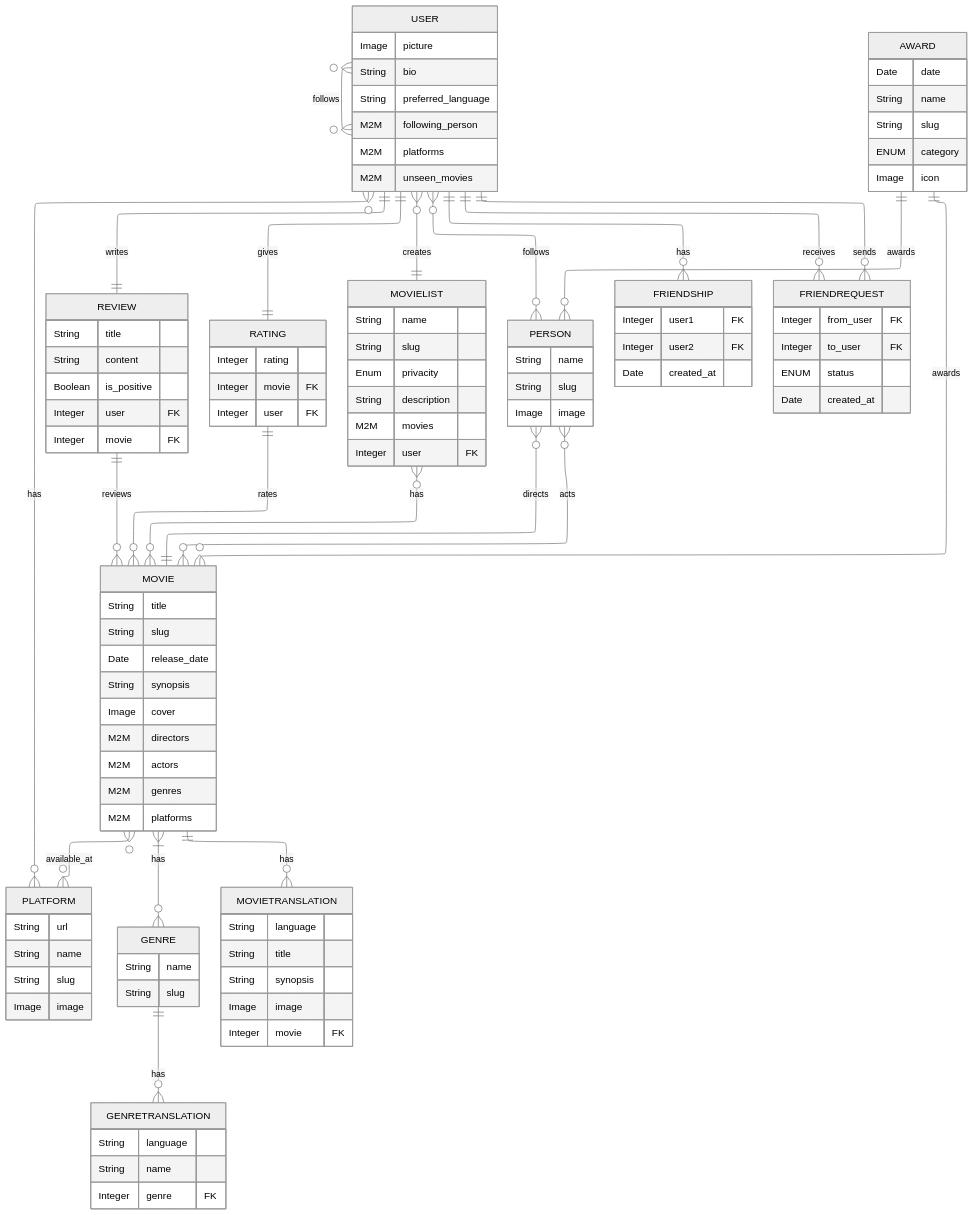
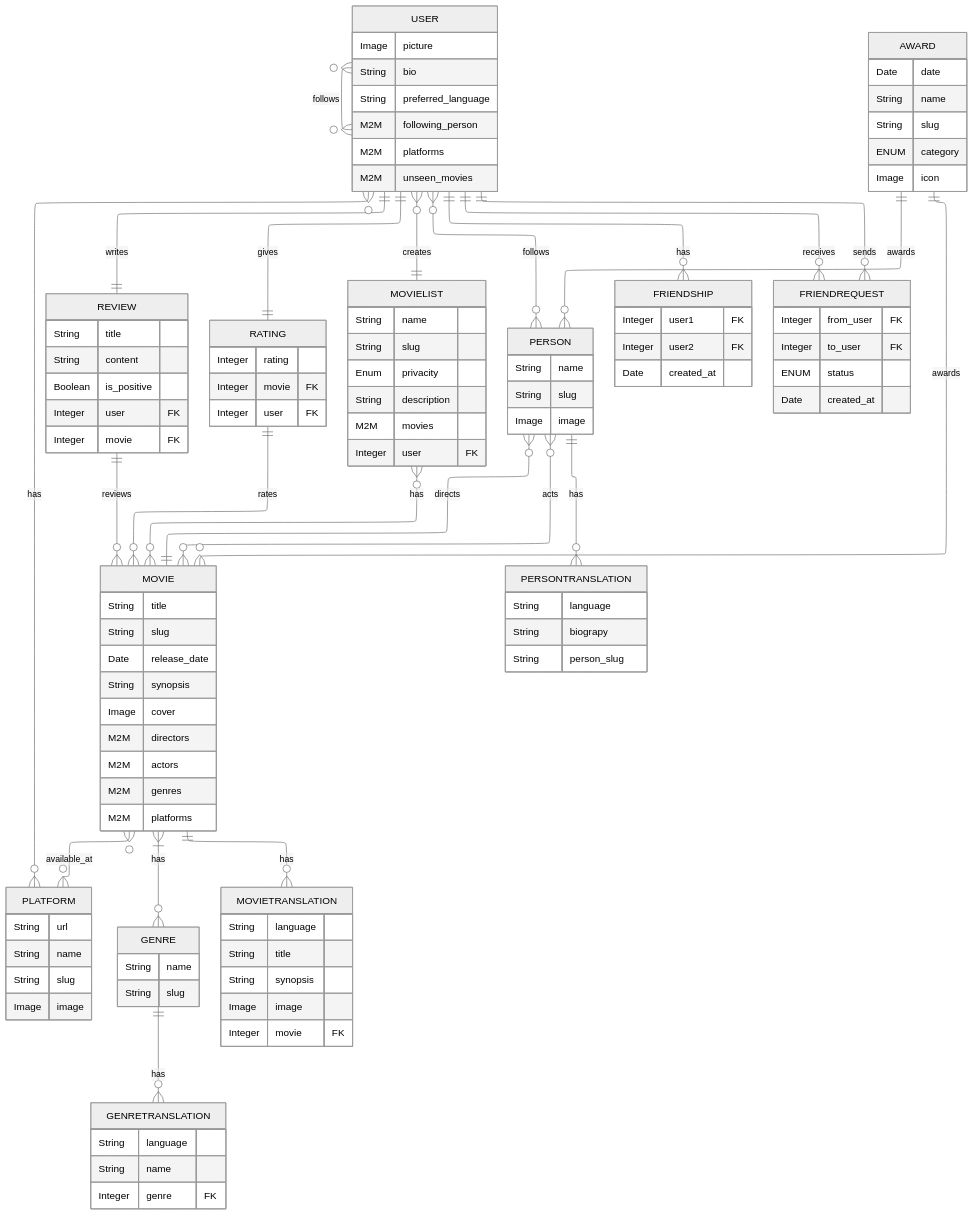
Before and after one commit to moviesxmovies/MoviesXMovies: the second of 2 diagrams in docs/diagrams.md, drawn with Mermaid (neutral theme). The commit also changed other lines of this file and 3 other files, not shown here.

Commit message:
docs: also updated diagrams

```diff
--- a/docs/diagrams.md
+++ b/docs/diagrams.md
@@ -65,6 +66,7 @@
     RATING ||--o{ MOVIE: rates
     REVIEW ||--o{ MOVIE: reviews
     GENRE ||--o{ GENRETRANSLATION: has
+    PERSON ||--o{ PERSONTRANSLATION: has
     MOVIE {
         String title
         String slug
@@ -96,6 +98,11 @@
         String name
         String slug
         Image image
+    }
+    PERSONTRANSLATION{
+        String language
+        String biograpy
+        String person_slug
     }
     AWARD {
         Date date
```
